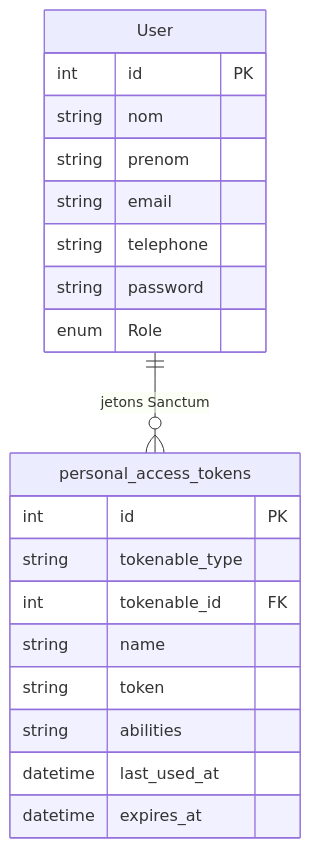
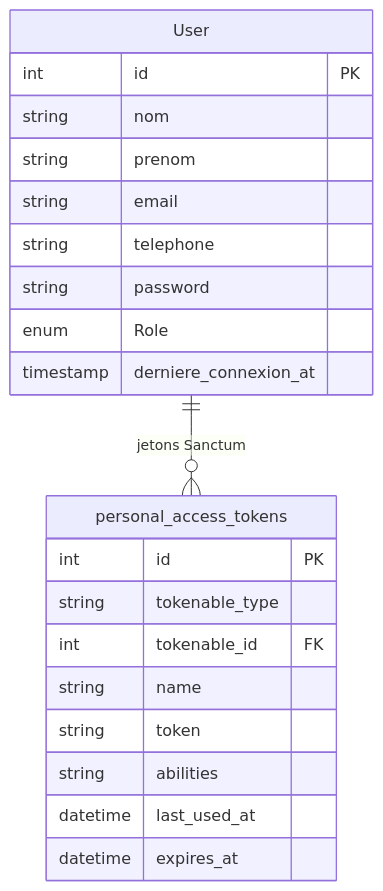
One commit to Korrighed/safe-campus-back changed the fourth of 4 diagrams in docs/schema_bd.md. Above: the diagram before and after it, drawn with Mermaid. The commit also changed other lines of this file and 4 other files, not shown here.

Commit message:
docs(rgpd): purge des comptes inactifs et information des personnes. - cahier des charges : exigences, cycle de vie du compte, parcours de recette 7 et 8 - sécurité et RGPD : registre, audit, S-10 complété, S-19 planificateur de production - déploiement : cron schedule:run, schema et README

````diff
--- a/docs/schema_bd.md
+++ b/docs/schema_bd.md
@@ -528,25 +528,26 @@
 ```mermaid
 erDiagram
     User {
         int    id       PK
         string nom
         string prenom
         string email
         string telephone
         string password
         enum   Role
+        timestamp derniere_connexion_at
     }
 
     personal_access_tokens {
         int      id             PK
         string   tokenable_type
         int      tokenable_id   FK
         string   name
         string   token
         string   abilities
         datetime last_used_at
         datetime expires_at
     }
 
     User ||--o{ personal_access_tokens : "jetons Sanctum"
 ```
````
